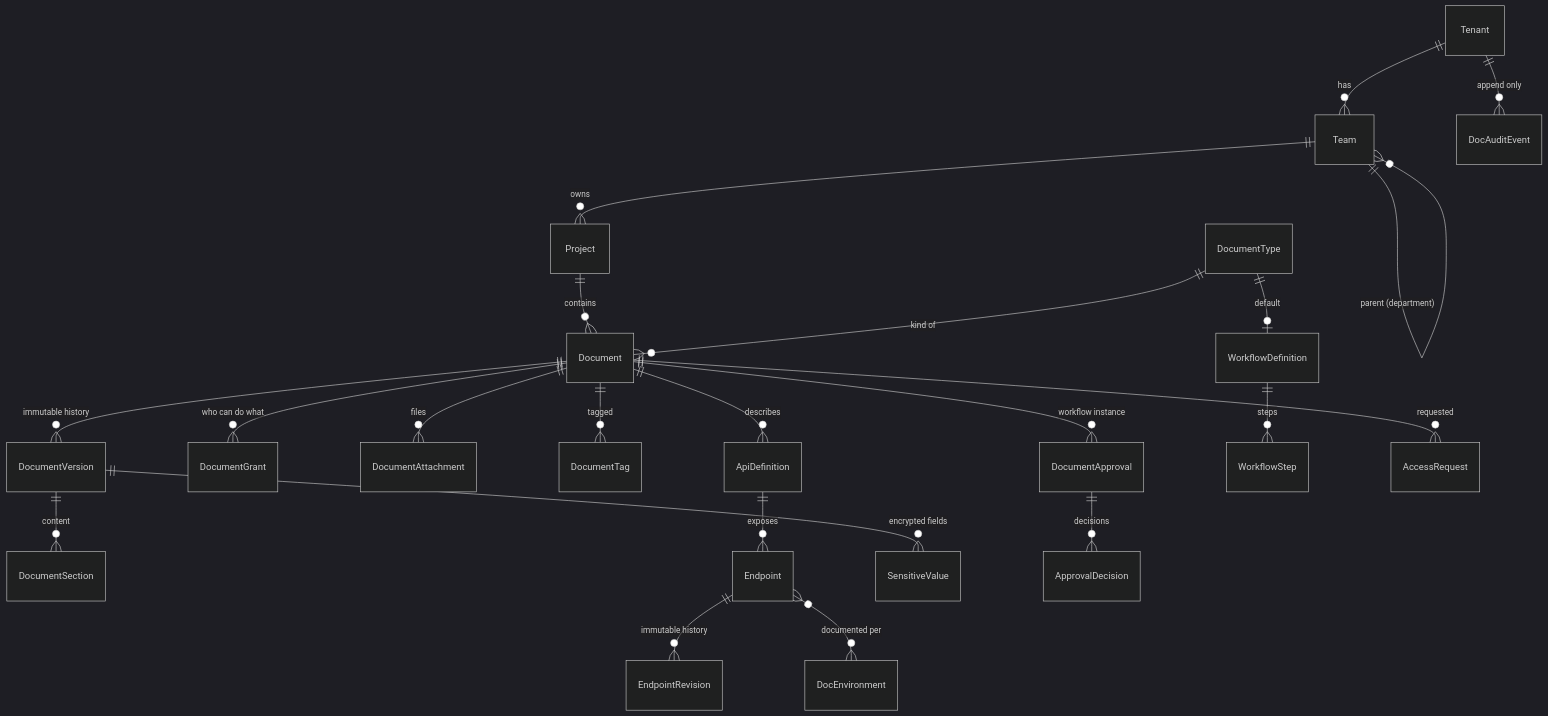
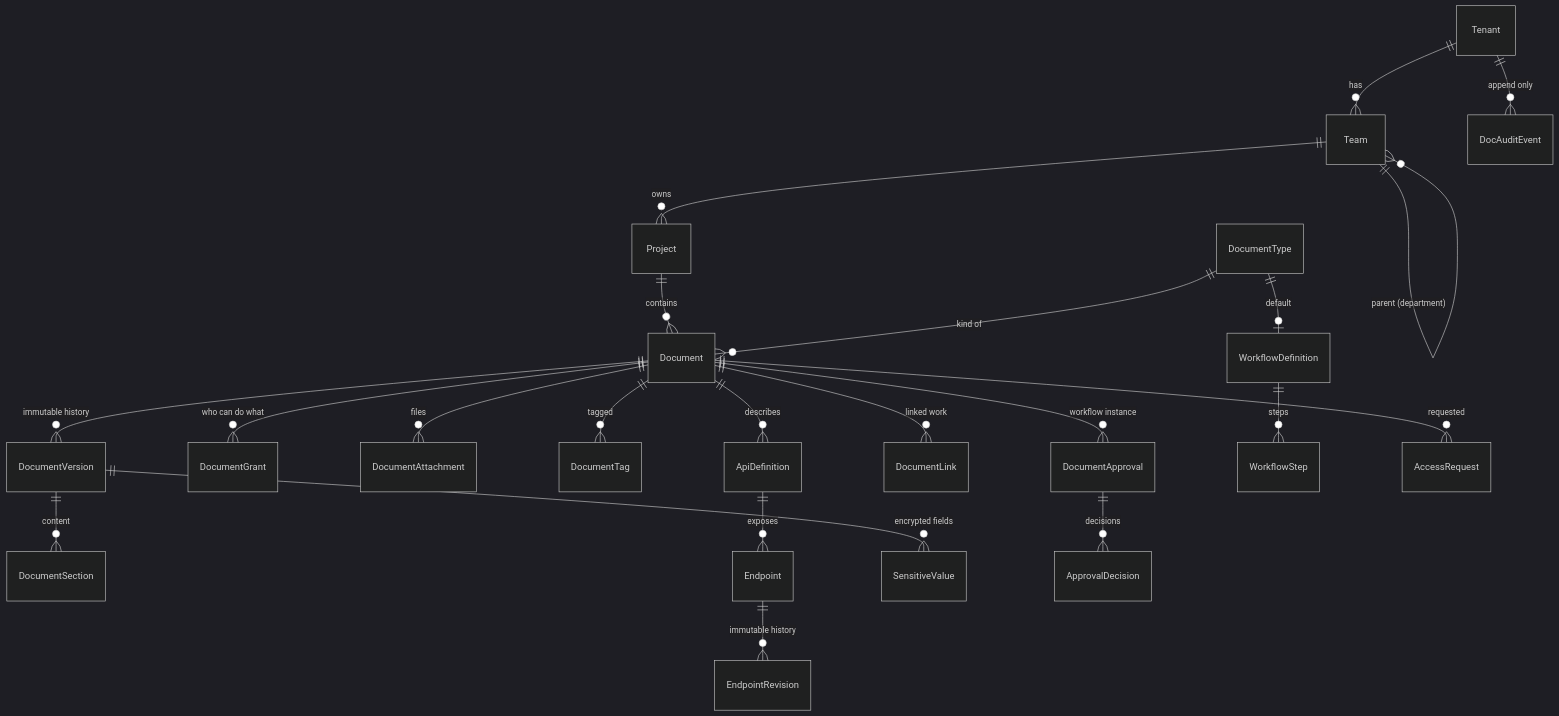
Before and after one commit to projecttrackerindia/project-tracker: the first of 4 diagrams in docs/proposals/documentation-platform.md, drawn with Mermaid (dark theme). The commit also changed other lines of this file, not shown here.

First line of the commit message:
Proposal revision 2: no environments, links to projects and tasks, plan-based limits, QuestPDF, plan-linked retention

````diff
--- a/docs/proposals/documentation-platform.md
+++ b/docs/proposals/documentation-platform.md
@@ -93,24 +107,24 @@
 ```mermaid
 erDiagram
   Tenant ||--o{ Team : has
   Team ||--o{ Team : "parent (department)"
   Team ||--o{ Project : owns
   Project ||--o{ Document : contains
   DocumentType ||--o{ Document : "kind of"
   DocumentType ||--o| WorkflowDefinition : "default"
   Document ||--o{ DocumentVersion : "immutable history"
   DocumentVersion ||--o{ DocumentSection : "content"
   Document ||--o{ DocumentGrant : "who can do what"
   Document ||--o{ DocumentAttachment : files
   Document ||--o{ DocumentTag : tagged
   Document ||--o{ ApiDefinition : describes
   ApiDefinition ||--o{ Endpoint : exposes
   Endpoint ||--o{ EndpointRevision : "immutable history"
-  Endpoint }o--o{ DocEnvironment : "documented per"
+  Document ||--o{ DocumentLink : "linked work"
   DocumentVersion ||--o{ SensitiveValue : "encrypted fields"
   Document ||--o{ DocumentApproval : "workflow instance"
   WorkflowDefinition ||--o{ WorkflowStep : steps
   DocumentApproval ||--o{ ApprovalDecision : decisions
   Document ||--o{ AccessRequest : requested
   Tenant ||--o{ DocAuditEvent : "append only"
 ```
````
